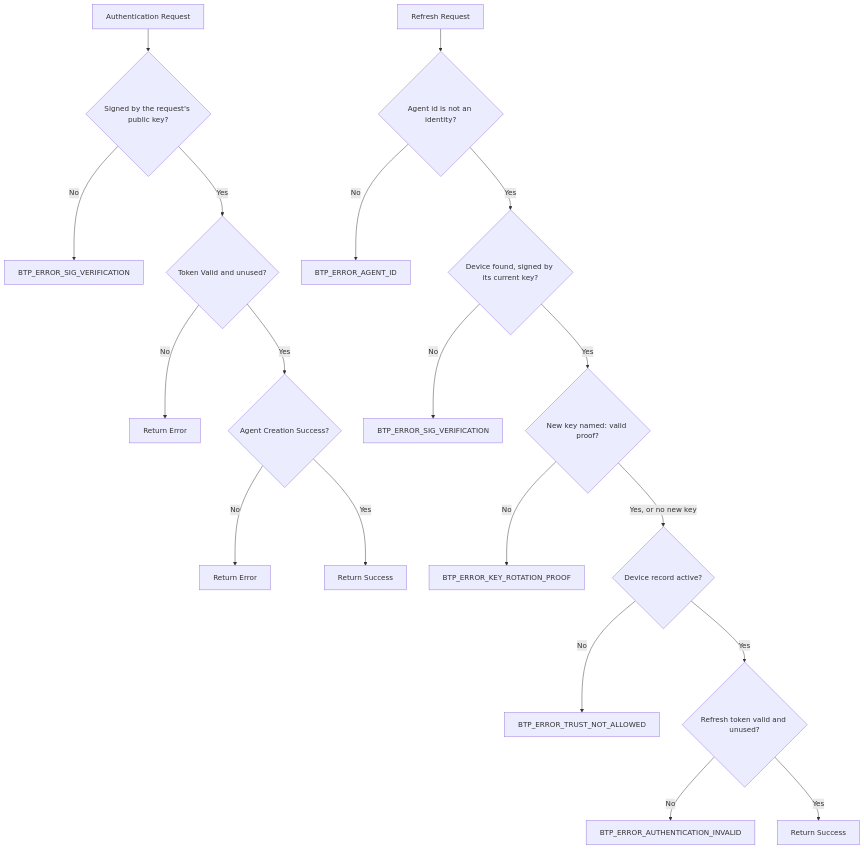
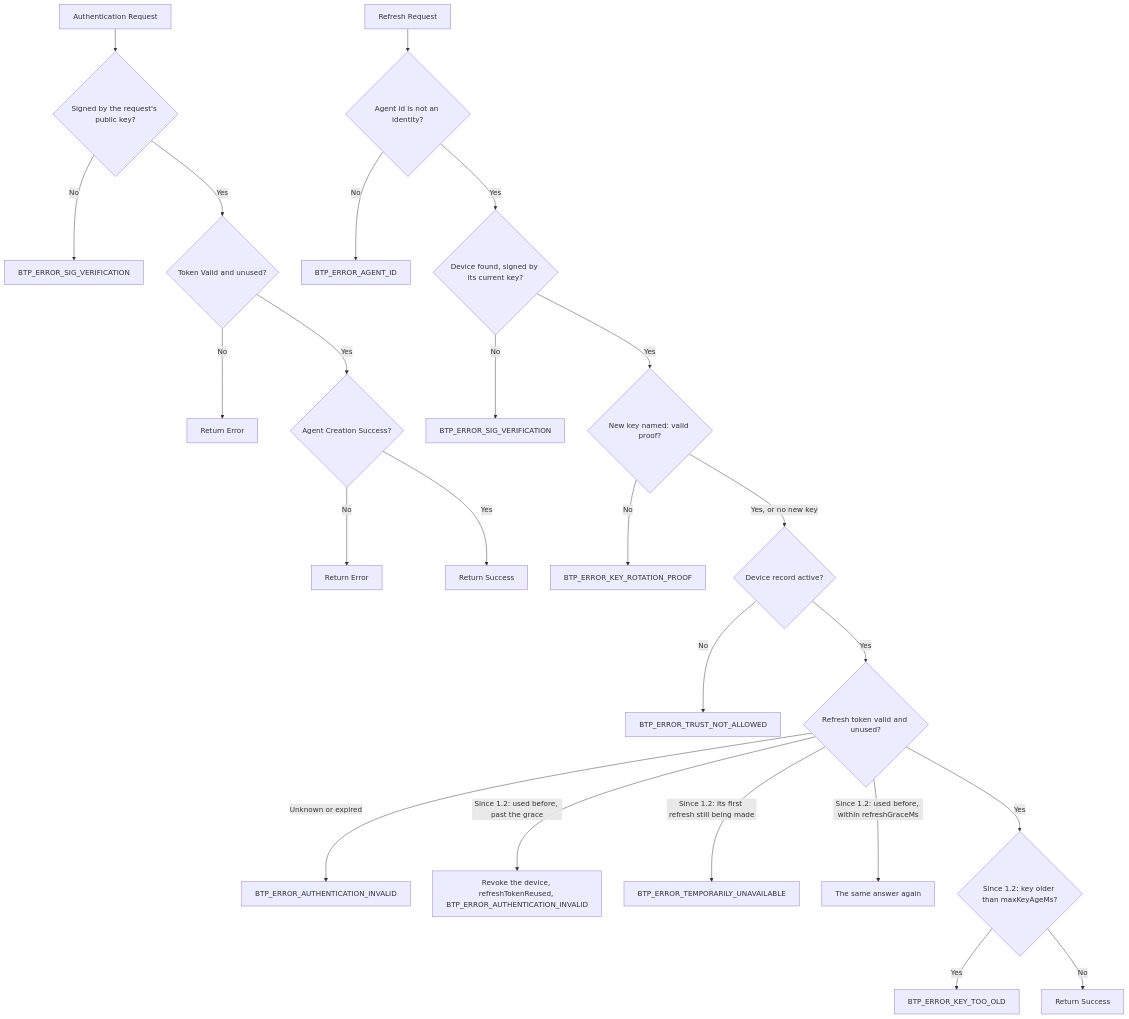
Before and after one commit to openbtps/btps-node: the third of 3 diagrams in docs/docusaurus/docs/protocol/authentication/authenticationFlow.md, drawn with Mermaid. The commit also changed other lines of this file and 32 other files, not shown here.

````diff
--- a/docs/docusaurus/docs/protocol/authentication/authenticationFlow.md
+++ b/docs/docusaurus/docs/protocol/authentication/authenticationFlow.md
@@ -503,22 +405,27 @@
 ```mermaid
 graph TD
     A[Authentication Request] --> A1{Signed by the request's public key?}
     A1 -->|No| A2[BTP_ERROR_SIG_VERIFICATION]
     A1 -->|Yes| B{Token Valid and unused?}
     B -->|No| C[Return Error]
     B -->|Yes| D{Agent Creation Success?}
     D -->|No| E[Return Error]
     D -->|Yes| F[Return Success]
 
     G[Refresh Request] --> G1{Agent id is not an identity?}
     G1 -->|No| G2[BTP_ERROR_AGENT_ID]
     G1 -->|Yes| J{Device found, signed by its current key?}
     J -->|No| K[BTP_ERROR_SIG_VERIFICATION]
     J -->|Yes| P{New key named: valid proof?}
     P -->|No| P2[BTP_ERROR_KEY_ROTATION_PROOF]
     P -->|Yes, or no new key| H{Device record active?}
     H -->|No| I[BTP_ERROR_TRUST_NOT_ALLOWED]
     H -->|Yes| L{Refresh token valid and unused?}
-    L -->|No| M[BTP_ERROR_AUTHENTICATION_INVALID]
-    L -->|Yes| N[Return Success]
+    L -->|Unknown or expired| M[BTP_ERROR_AUTHENTICATION_INVALID]
+    L -->|"Since 1.2: used before, past the grace"| R1[Revoke the device, refreshTokenReused, BTP_ERROR_AUTHENTICATION_INVALID]
+    L -->|"Since 1.2: its first refresh still being made"| R2[BTP_ERROR_TEMPORARILY_UNAVAILABLE]
+    L -->|"Since 1.2: used before, within refreshGraceMs"| R3[The same answer again]
+    L -->|Yes| KA{"Since 1.2: key older than maxKeyAgeMs?"}
+    KA -->|Yes| R4[BTP_ERROR_KEY_TOO_OLD]
+    KA -->|No| N[Return Success]
 ```
````
